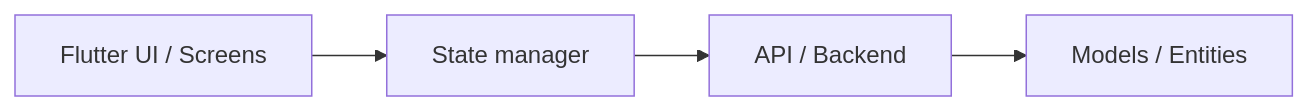
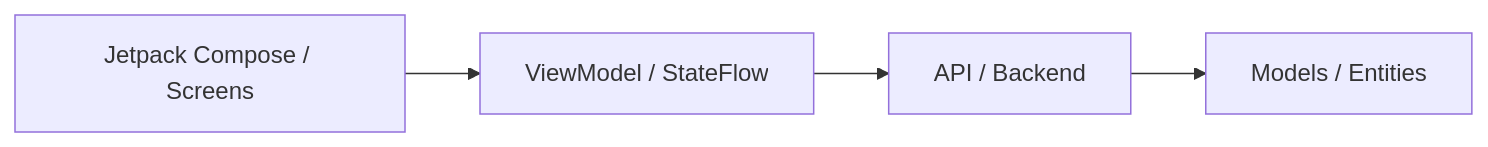
One commit to Agent-Rules-Ecosystem/kotlin-agent-rules changed the diagram in templates/architecture.md. Above: the diagram before and after it, drawn with Mermaid. The commit also changed 7 other files, not shown here.

````diff
--- a/templates/architecture.md
+++ b/templates/architecture.md
@@ -5,6 +5,6 @@
 ```mermaid
 graph LR
-    UI[Flutter UI / Screens] --> State[State manager]
+    UI[Jetpack Compose / Screens] --> State[ViewModel / StateFlow]
     State --> Service[API / Backend]
     Service --> Model[Models / Entities]
 ```
````
